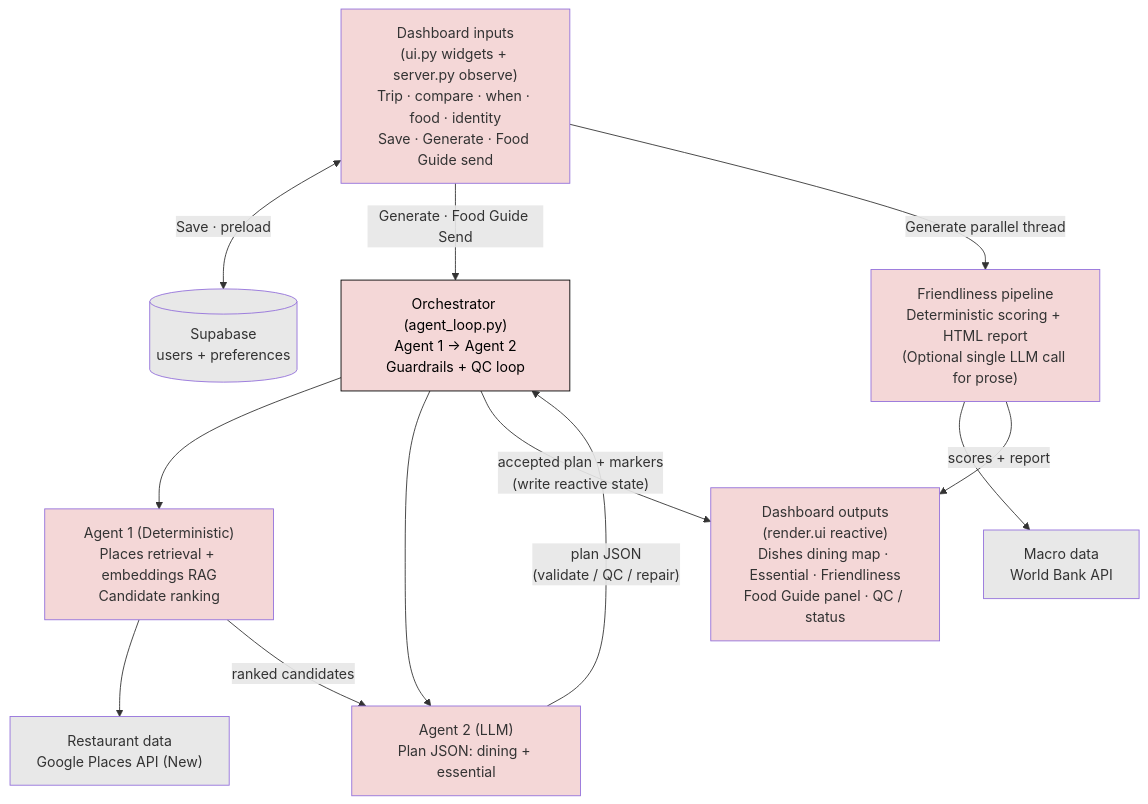
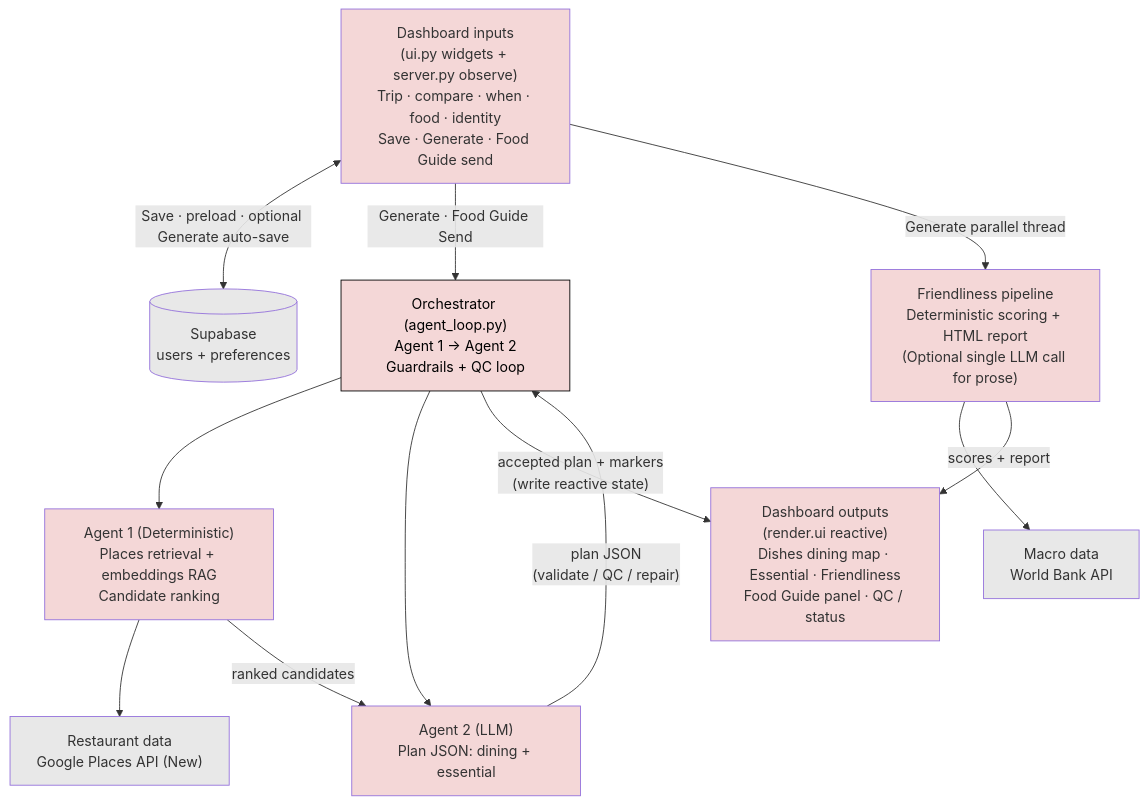
One commit to JanHsuanChu/TravelDashboard changed the diagram in README.md. Above: the diagram before and after it, drawn with Mermaid. The commit also changed other lines of this file and 15 other files, not shown here.

````diff
--- a/README.md
+++ b/README.md
@@ -109,46 +110,46 @@
 ```mermaid
 ---
 config:
   layout: dagre
 ---
 flowchart TB
     DashIn["Dashboard inputs\n(ui.py widgets + server.py observe)\nTrip · compare · when · food · identity\nSave · Generate · Food Guide send"]
     DashOut["Dashboard outputs\n(render.ui reactive)\nDishes dining map · Essential · Friendliness\nFood Guide panel · QC / status"]
     Supabase[("Supabase\nusers + preferences")]
     Orchestrator["Orchestrator (agent_loop.py)\nAgent 1 → Agent 2\nGuardrails + QC loop"]
 
     RestaurantData["Restaurant data\nGoogle Places API (New)"]
     Agent1["Agent 1 (Deterministic)\nPlaces retrieval + embeddings RAG\nCandidate ranking"]
     Agent2["Agent 2 (LLM)\nPlan JSON: dining + essential"]
 
     MacroData["Macro data\nWorld Bank API"]
     FriendlinessPipe["Friendliness pipeline\nDeterministic scoring + HTML report\n(Optional single LLM call for prose)"]
 
-    DashIn <-->|"Save · preload"| Supabase
+    DashIn <-->|"Save · preload · optional Generate auto-save"| Supabase
 
     DashIn -->|"Generate · Food Guide Send"| Orchestrator
 
     Orchestrator --> Agent1
     Agent1 --> RestaurantData
 
     Orchestrator --> Agent2
     Agent1 -->|"ranked candidates"| Agent2
     Agent2 -->|"plan JSON\n(validate / QC / repair)"| Orchestrator
 
     Orchestrator -->|"accepted plan + markers\n(write reactive state)"| DashOut
 
     DashIn -->|"Generate parallel thread"| FriendlinessPipe
     FriendlinessPipe --> MacroData
     FriendlinessPipe -->|"scores + report"| DashOut
 
     classDef Rose stroke-width:1px, stroke-dasharray:none, stroke:#FF5978, fill:#FFDFE5, color:#8E2236
     style DashIn fill:#f4d7d7
     style DashOut fill:#f4d7d7
     style Supabase fill:#e8e8e8
     style Orchestrator stroke:#000000,color:#000000,fill:#f4d7d7
     style RestaurantData fill:#e8e8e8
     style Agent1 fill:#f4d7d7
     style Agent2 fill:#f4d7d7
     style MacroData fill:#e8e8e8
     style FriendlinessPipe fill:#f4d7d7
 ```
````
